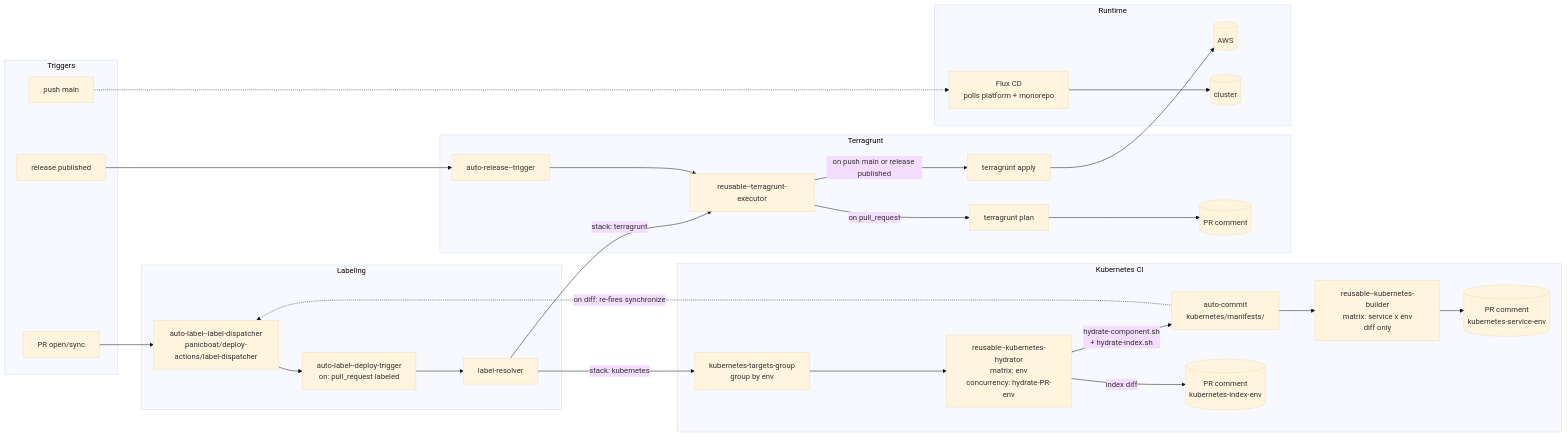
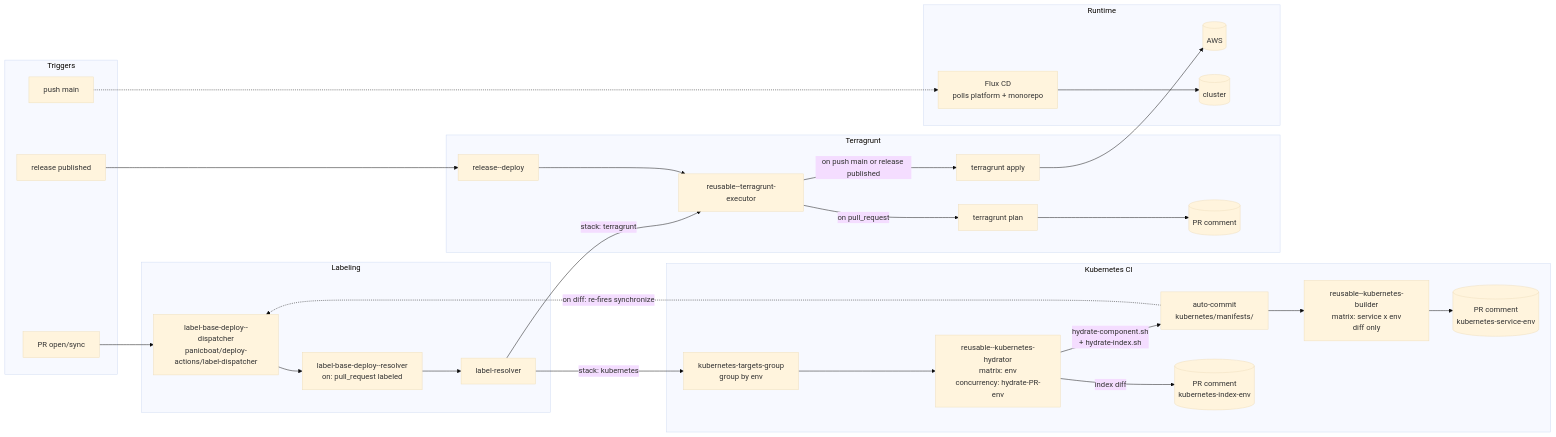
One commit to panicboat/platform changed the diagram in README-ja.md. Above: the diagram before and after it, drawn with Mermaid (base theme). The commit also changed other lines of this file and 7 other files, not shown here.

Commit message:
ci: name deploy and release workflows by trigger and role

````diff
--- a/README-ja.md
+++ b/README-ja.md
@@ -80,57 +80,57 @@
 ```mermaid
 flowchart LR
   subgraph Triggers
     PRevent[PR open/sync]
     Mainpush[push main]
     Release[release published]
   end
 
   subgraph Labeling
-    Dispatcher[auto-label--label-dispatcher<br/>panicboat/deploy-actions/label-dispatcher]
-    Trigger[auto-label--deploy-trigger<br/>on: pull_request labeled]
+    Dispatcher[label-base-deploy--dispatcher<br/>panicboat/deploy-actions/label-dispatcher]
+    Trigger[label-base-deploy--resolver<br/>on: pull_request labeled]
     Resolver[label-resolver]
   end
 
   subgraph KubernetesCI [Kubernetes CI]
     Group[kubernetes-targets-group<br/>group by env]
     Hydrator[reusable--kubernetes-hydrator<br/>matrix: env<br/>concurrency: hydrate-PR-env]
     Commit[auto-commit<br/>kubernetes/manifests/]
     Builder[reusable--kubernetes-builder<br/>matrix: service x env<br/>diff only]
     IndexComment[(PR comment<br/>kubernetes-index-env)]
     CompComment[(PR comment<br/>kubernetes-service-env)]
   end
 
   subgraph Terragrunt
-    ReleaseTrigger[auto-release--trigger]
+    ReleaseTrigger[release--deploy]
     TG[reusable--terragrunt-executor]
     Plan[terragrunt plan]
     Apply[terragrunt apply]
     PRComment[(PR comment)]
   end
 
   subgraph Runtime
     AWS[(AWS)]
     FluxCD[Flux CD<br/>polls platform + monorepo]
     Cluster[(cluster)]
   end
 
   PRevent --> Dispatcher
   Dispatcher --> Trigger
   Trigger --> Resolver
   Resolver -->|stack: terragrunt| TG
   Release --> ReleaseTrigger
   ReleaseTrigger --> TG
   TG -->|on pull_request| Plan
   TG -->|on push main or release published| Apply
   Plan --> PRComment
   Apply --> AWS
   Resolver -->|stack: kubernetes| Group
   Group --> Hydrator
   Hydrator -->|hydrate-component.sh<br/>+ hydrate-index.sh| Commit
   Hydrator -->|index diff| IndexComment
   Commit --> Builder
   Builder --> CompComment
   Mainpush -.-> FluxCD
   FluxCD --> Cluster
   Commit -.->|on diff: re-fires synchronize| Dispatcher
 ```
````
